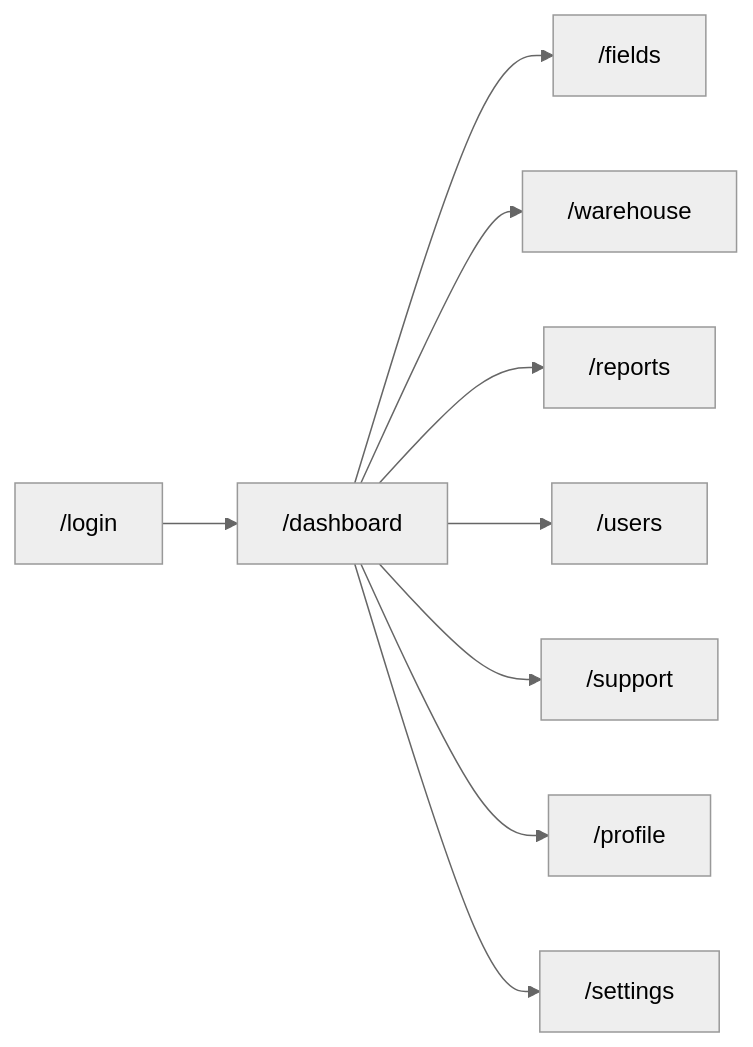
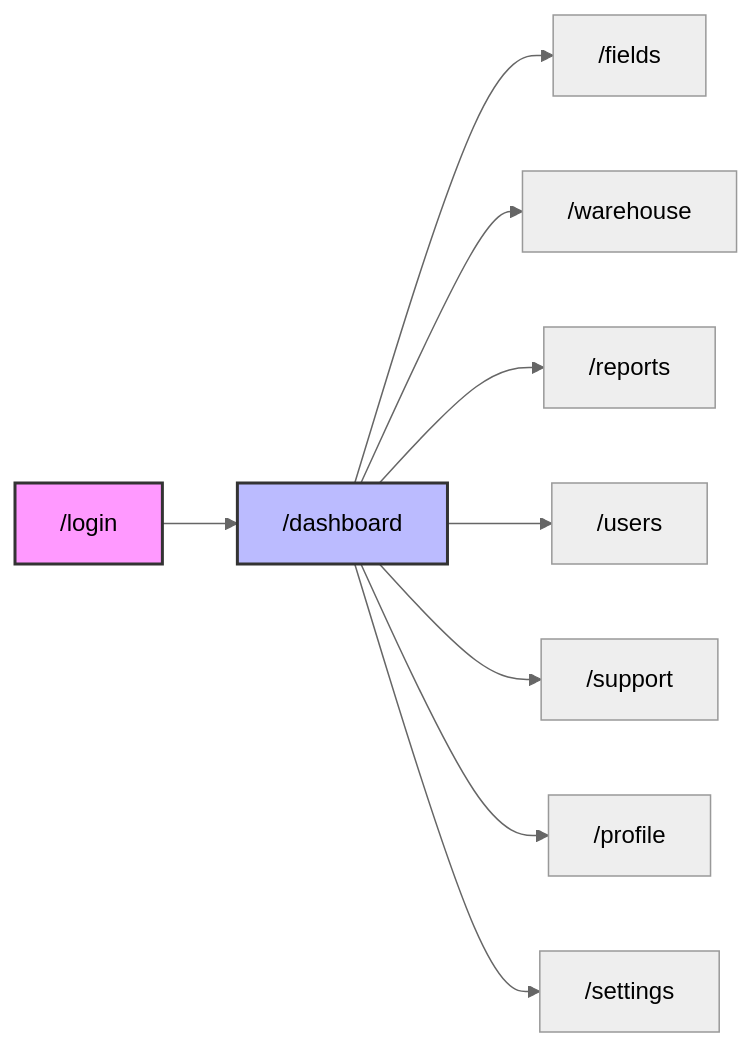
The third of 4 diagrams in README.md (xxxquide/Agroplus_Practice), drawn with Mermaid (neutral theme) before and after one commit. The commit also changed other lines of this file and 1 other file, not shown here.

````diff
--- a/README.md
+++ b/README.md
@@ -103,11 +126,14 @@
 ```mermaid
 flowchart LR
   LOGIN["/login"] --> DASH["/dashboard"]
   DASH --> FIELDS["/fields"]
   DASH --> WAREHOUSE["/warehouse"]
   DASH --> REPORTS["/reports"]
   DASH --> USERS["/users"]
   DASH --> SUPPORT["/support"]
   DASH --> PROFILE["/profile"]
   DASH --> SETTINGS["/settings"]
+  
+  style LOGIN fill:#f9f,stroke:#333,stroke-width:2px
+  style DASH fill:#bbf,stroke:#333,stroke-width:2px
 ```
````
